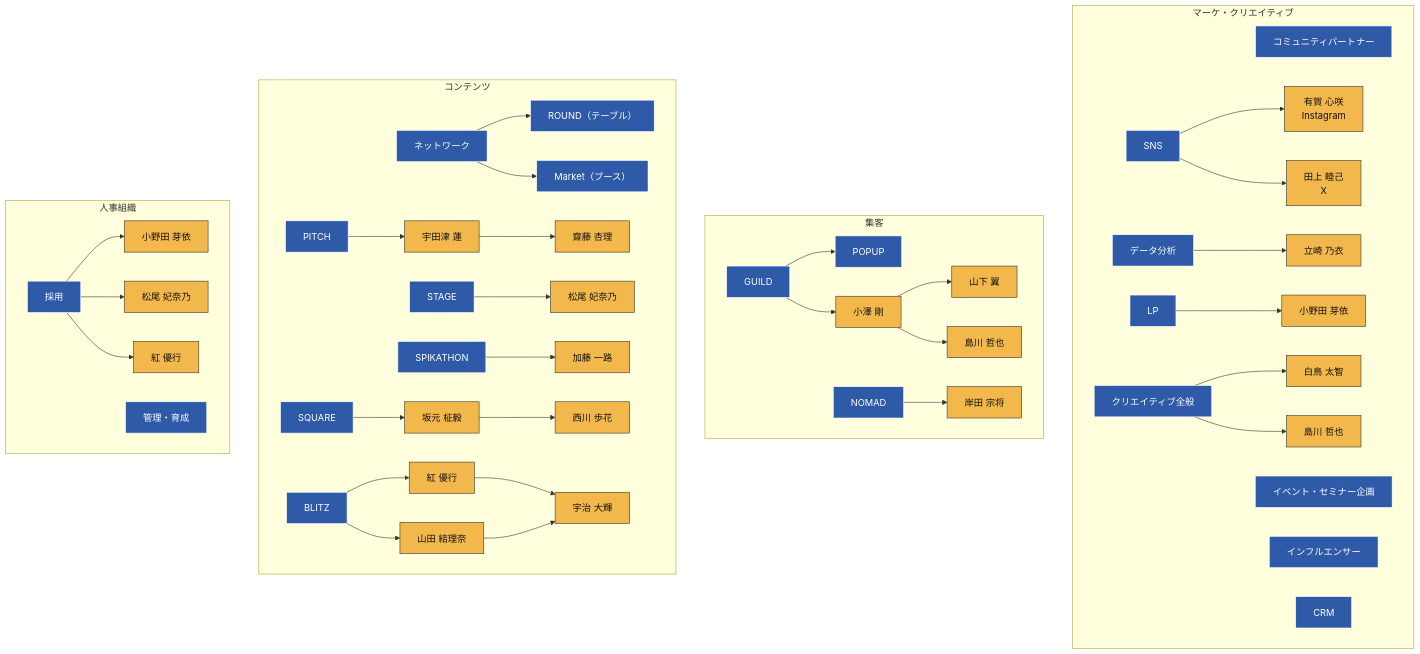
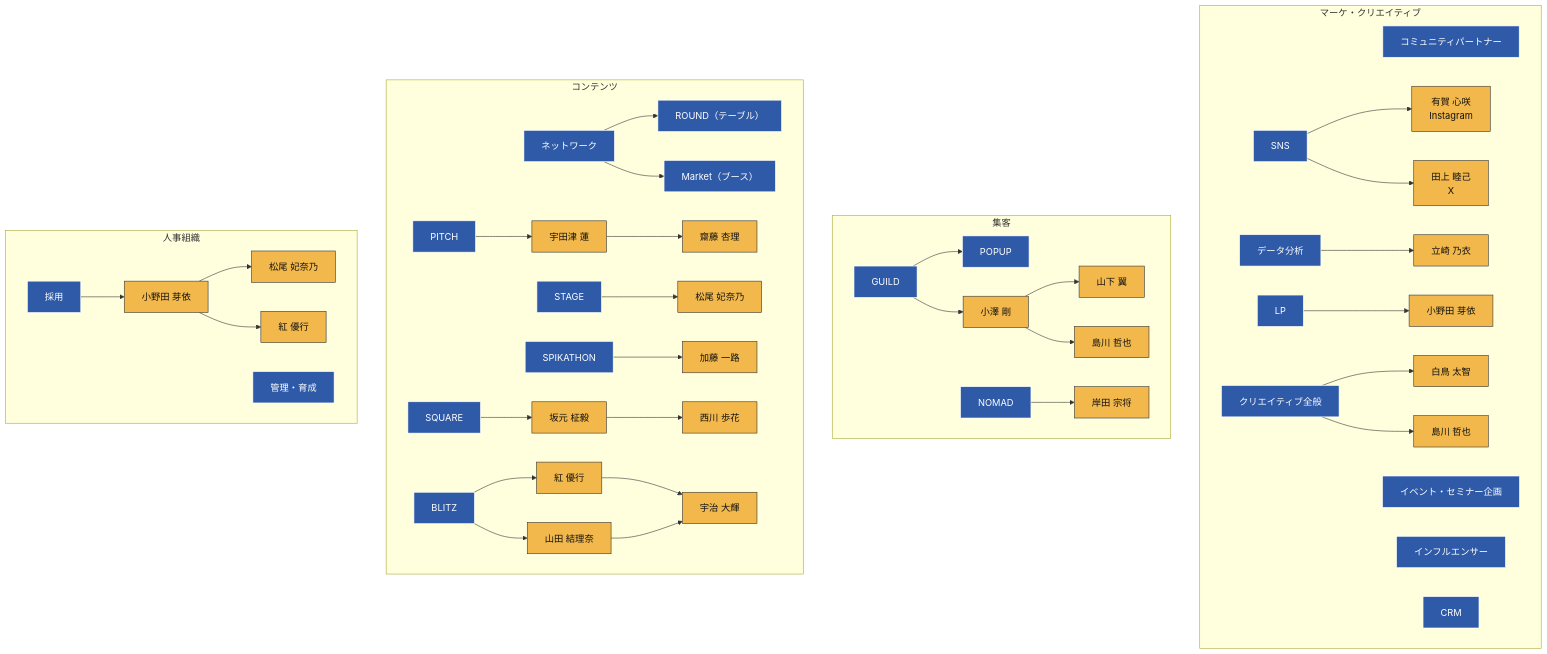
Before and after one commit to liofval/spikes_hr: the second of 2 diagrams in spikes-org-chart.md, drawn with Mermaid. The commit also changed 1 other file, not shown here.

Commit message:
担当者マップ: 採用→小野田→松尾/紅 の階層に再編

````diff
--- a/spikes-org-chart.md
+++ b/spikes-org-chart.md
@@ -70,64 +70,64 @@
 ```mermaid
 graph TD
     subgraph SG_MC ["マーケ・クリエイティブ"]
       CP[コミュニティパートナー]
       SNS[SNS]
       DATA[データ分析]
       EV[イベント・セミナー企画]
       INF[インフルエンサー]
       LP[LP]
       CRM[CRM]
       CREATIVE[クリエイティブ全般]
       SNS --> Aruga2[有賀 心咲<br/>Instagram]
       SNS --> Tagami2[田上 睦己<br/>X]
       DATA --> Tatsuzaki2[立崎 乃衣]
       LP --> Onoda3[小野田 芽依]
       CREATIVE --> Shiratori2[白鳥 太智]
       CREATIVE --> Shimakawa3[島川 哲也]
     end
 
     subgraph SG_PROMO ["集客"]
       GUILD[GUILD]
       NOMAD[NOMAD]
       GUILD --> POPUP[POPUP]
       GUILD --> Ozawa2[小澤 剛]
       Ozawa2 --> Yamashita2[山下 翼]
       Ozawa2 --> Shimakawa2[島川 哲也]
       NOMAD --> Kishida2[岸田 宗将]
     end
 
     subgraph SG_CONT ["コンテンツ"]
       PITCH[PITCH]
       STAGE[STAGE]
       SPIKATHON[SPIKATHON]
       SQUARE[SQUARE]
       BLITZ[BLITZ]
       NW[ネットワーク]
       NW --> ROUND["ROUND（テーブル）"]
       NW --> MARKET["Market（ブース）"]
 
       PITCH --> Udatsu2[宇田津 蓮]
       Udatsu2 --> Saito2[齋藤 杏理]
       STAGE --> Matsuo2[松尾 妃奈乃]
       SPIKATHON --> Kato2[加藤 一路]
       SQUARE --> Sakamoto2[坂元 柾毅]
       Sakamoto2 --> Nishikawa2[西川 歩花]
       BLITZ --> Kurenai2[紅 優行]
       BLITZ --> Yamada2[山田 結理奈]
       Kurenai2 --> Uji2[宇治 大輝]
       Yamada2 --> Uji2
     end
 
     subgraph SG_HR ["人事組織"]
       RECRUIT[採用]
       GROW[管理・育成]
       RECRUIT --> Onoda2[小野田 芽依]
-      RECRUIT --> Matsuo3[松尾 妃奈乃]
-      RECRUIT --> Kurenai3[紅 優行]
+      Onoda2 --> Matsuo3[松尾 妃奈乃]
+      Onoda2 --> Kurenai3[紅 優行]
     end
 
     classDef role fill:#2e5aa8,stroke:#fff,color:#fff;
     classDef person fill:#f2b84b,stroke:#333,color:#111;
     class CP,SNS,DATA,EV,INF,LP,CRM,GUILD,NOMAD,CREATIVE,PITCH,STAGE,SPIKATHON,NW,SQUARE,BLITZ,ROUND,MARKET,POPUP,RECRUIT,GROW role;
     class Aruga2,Tagami2,Tatsuzaki2,Ozawa2,Yamashita2,Shimakawa2,Shimakawa3,Kishida2,Shiratori2,Udatsu2,Saito2,Matsuo2,Matsuo3,Kato2,Sakamoto2,Nishikawa2,Kurenai2,Kurenai3,Yamada2,Onoda2,Onoda3,Uji2 person;
 ```
````
